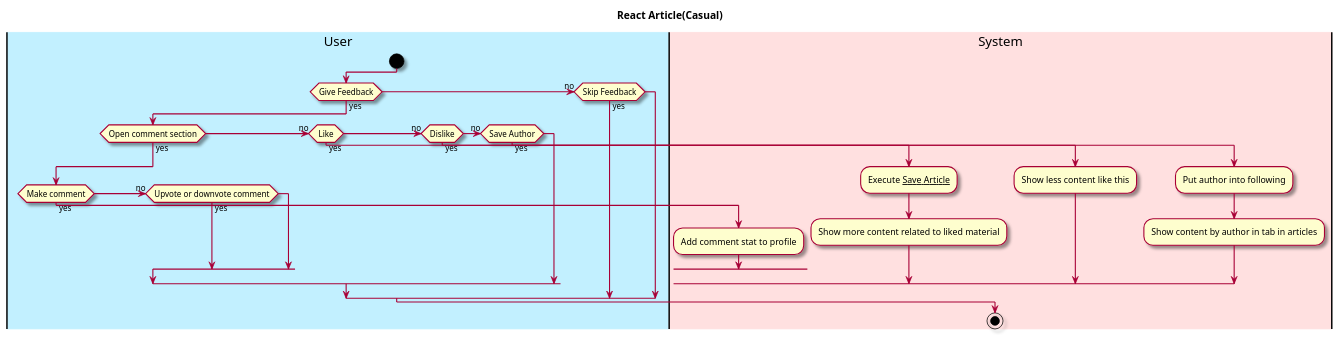
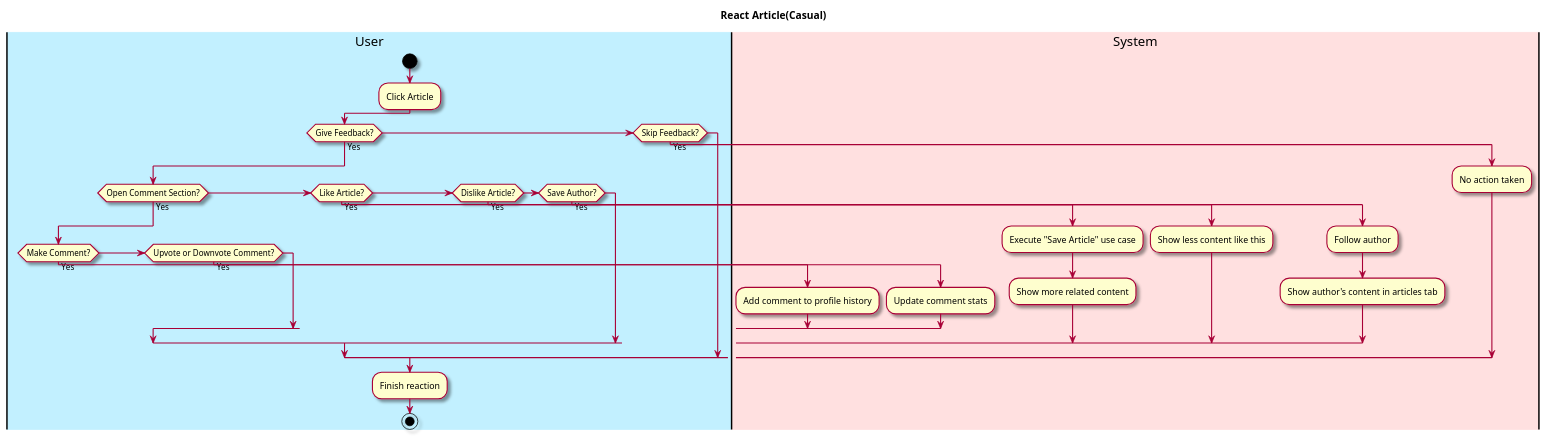
Before and after one commit to owhitleym-ui/EcoScoop: the diagram in intellij/doc/Functional Specification/react-article.md, drawn with PlantUML. The commit also changed 4 other files, not shown here.

Commit message:
Updated access-article access-history configure-settings react-article

````diff
--- a/intellij/doc/Functional Specification/react-article.md
+++ b/intellij/doc/Functional Specification/react-article.md
@@ -27,39 +27,49 @@
 ```plantuml
 @startuml
 
 skin rose
 
 title React Article(Casual)
 
 'define the lanes
 |#application|User|
 |#implementation|System|
 
 |User|
 start
-if (Give Feedback) then (yes)
-    if(Open comment section) then (yes)
-        if(Make comment) then (yes)
+:Click Article;
+
+if (Give Feedback?) then (Yes)
+
+    if (Open Comment Section?) then (Yes)
+        if (Make Comment?) then (Yes)
             |System|
-            :Add comment stat to profile;
-        (no) elseif (Upvote or downvote comment) then (yes)
+            :Add comment to profile history;
+        elseif (Upvote or Downvote Comment?) then (Yes)
+            |System|
+            :Update comment stats;
         endif
-    (no) elseif (Like) then (yes)
-       |System|
-       :Execute __Save Article__;
-       :Show more content related to liked material;
-    (no) elseif (Dislike) then (yes)
+    elseif (Like Article?) then (Yes)
         |System|
-        :Show less content like this;  
-    (no) elseif (Save Author) then (yes)
+        :Execute "Save Article" use case;
+        :Show more related content;
+    elseif (Dislike Article?) then (Yes)
         |System|
-        :Put author into following;
-        :Show content by author in tab in articles;
+        :Show less content like this;
+    elseif (Save Author?) then (Yes)
+        |System|
+        :Follow author;
+        :Show author's content in articles tab;
     endif
-(no) elseif (Skip Feedback) then (yes)
+
+elseif (Skip Feedback?) then (Yes)
+    |System|
+    :No action taken;
 endif
 
-|System|
+|User|
+:Finish reaction;
+
 stop
 @enduml
 ```
````
